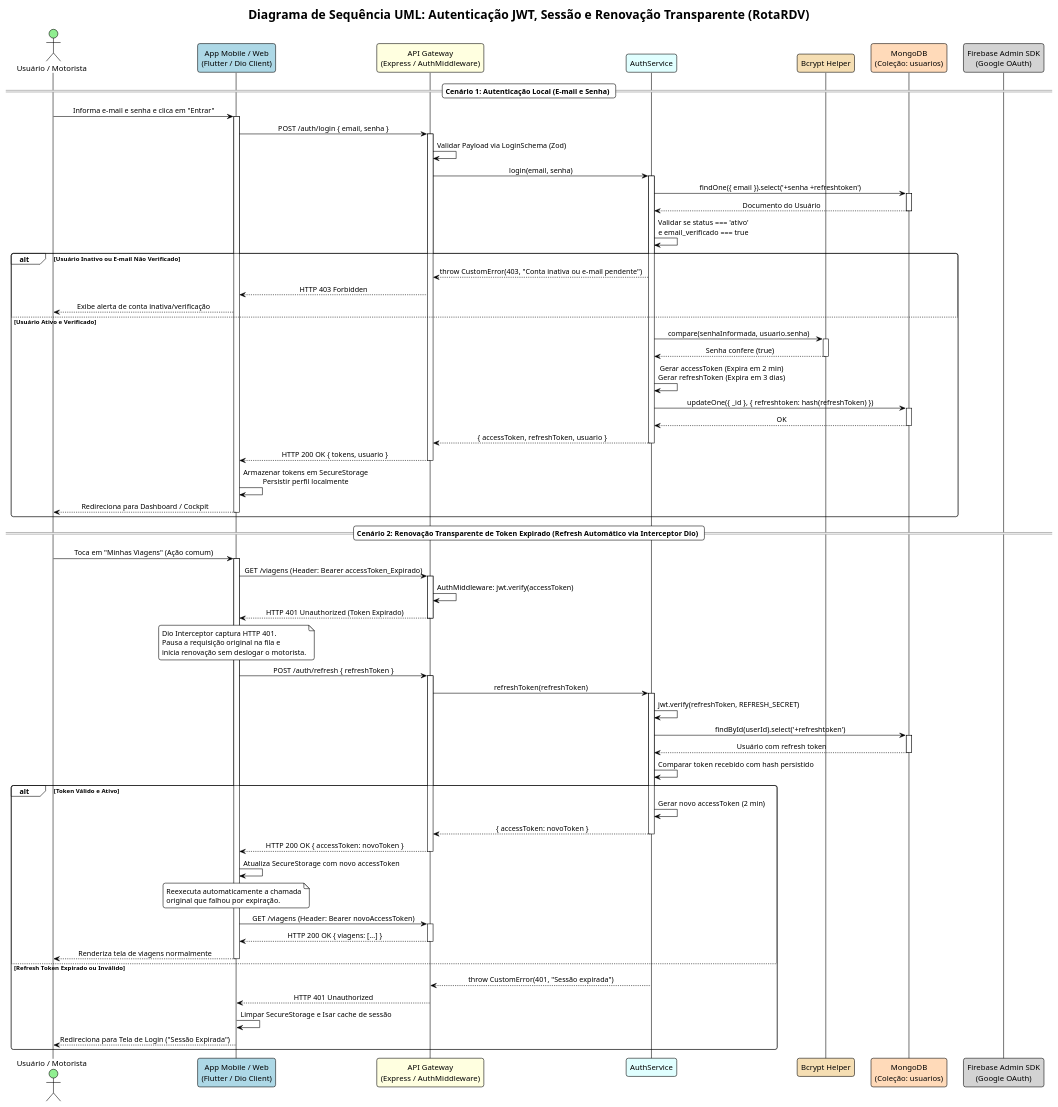
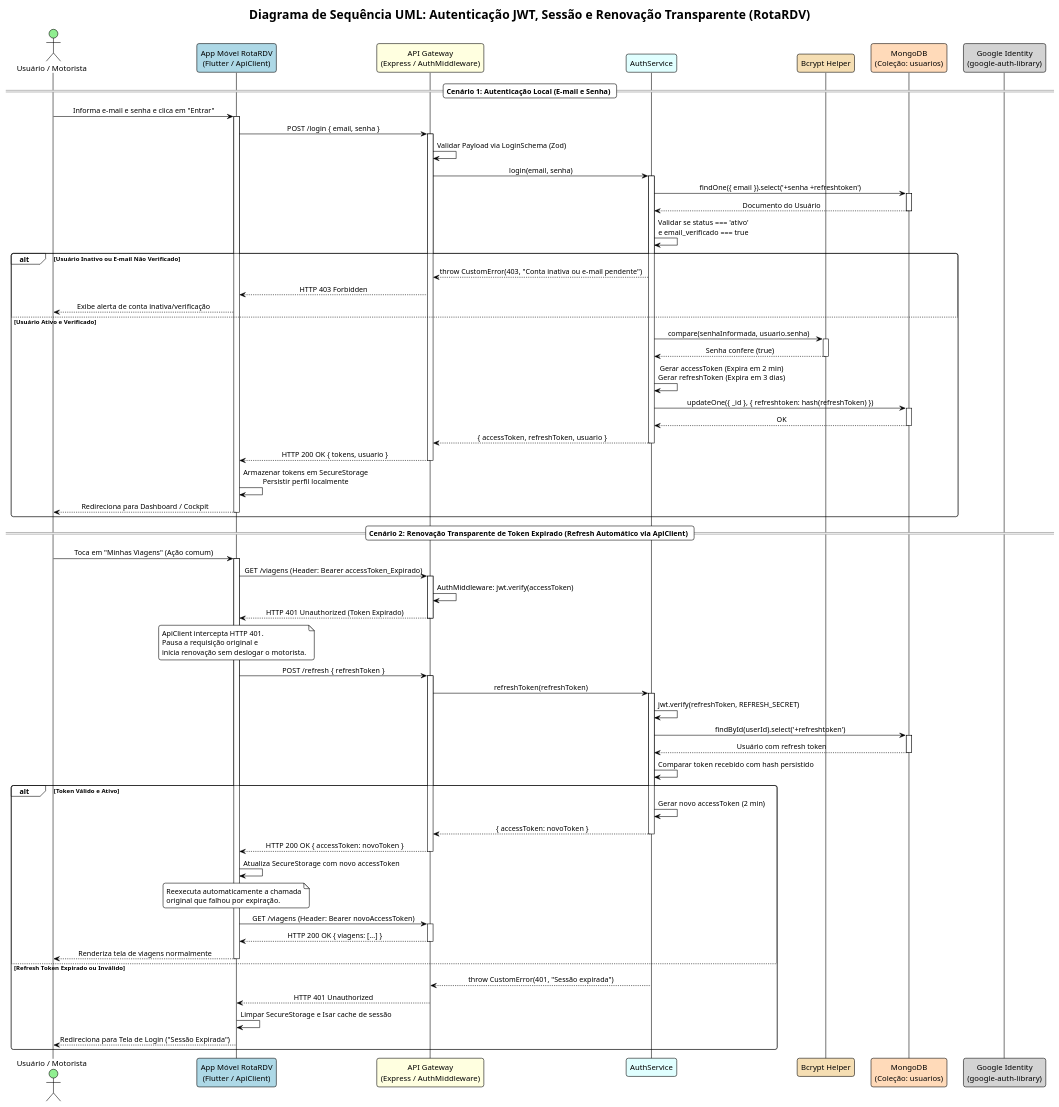
The diagram in documentacao/diagramas/sequencia/sequencia_autenticacao_e_refresh.puml (Luisdevux/RotaRDV-API), drawn with PlantUML before and after one commit. The commit also changed 19 other files, not shown here.

Commit message:
docs(Diagrmas): Corrige alguns pontos nos diagramas para refletir corretamente a implementação

```diff
--- a/documentacao/diagramas/sequencia/sequencia_autenticacao_e_refresh.puml
+++ b/documentacao/diagramas/sequencia/sequencia_autenticacao_e_refresh.puml
@@ -1,121 +1,121 @@
 @startuml
 !theme plain
 skinparam defaultFontName Arial
 skinparam roundCorner 8
 skinparam shadowing false
 skinparam sequenceMessageAlign center
 
 title **Diagrama de Sequência UML: Autenticação JWT, Sessão e Renovação Transparente (RotaRDV)**
 
 actor "Usuário / Motorista" as User #LightGreen
-participant "App Mobile / Web\n(Flutter / Dio Client)" as Client #LightBlue
+participant "App Móvel RotaRDV\n(Flutter / ApiClient)" as Client #LightBlue
 participant "API Gateway\n(Express / AuthMiddleware)" as Gateway #LightYellow
 participant "AuthService" as Service #LightCyan
 participant "Bcrypt Helper" as Bcrypt #Wheat
 participant "MongoDB\n(Coleção: usuarios)" as DB #PeachPuff
-participant "Firebase Admin SDK\n(Google OAuth)" as Firebase #LightGray
+participant "Google Identity\n(google-auth-library)" as GoogleAuth #LightGray
 
 == Cenário 1: Autenticação Local (E-mail e Senha) ==
 
 User -> Client: Informa e-mail e senha e clica em "Entrar"
 activate Client
 
-Client -> Gateway: POST /auth/login { email, senha }
+Client -> Gateway: POST /login { email, senha }
 activate Gateway
 
 Gateway -> Gateway: Validar Payload via LoginSchema (Zod)
 Gateway -> Service: login(email, senha)
 activate Service
 
 Service -> DB: findOne({ email }).select('+senha +refreshtoken')
 activate DB
 DB --> Service: Documento do Usuário
 deactivate DB
 
 Service -> Service: Validar se status === 'ativo'\ne email_verificado === true
 alt Usuário Inativo ou E-mail Não Verificado
     Service --> Gateway: throw CustomError(403, "Conta inativa ou e-mail pendente")
     Gateway --> Client: HTTP 403 Forbidden
     Client --> User: Exibe alerta de conta inativa/verificação
 else Usuário Ativo e Verificado
     Service -> Bcrypt: compare(senhaInformada, usuario.senha)
     activate Bcrypt
     Bcrypt --> Service: Senha confere (true)
     deactivate Bcrypt
 
     Service -> Service: Gerar accessToken (Expira em 2 min)\nGerar refreshToken (Expira em 3 dias)
     Service -> DB: updateOne({ _id }, { refreshtoken: hash(refreshToken) })
     activate DB
     DB --> Service: OK
     deactivate DB
 
     Service --> Gateway: { accessToken, refreshToken, usuario }
     deactivate Service
     Gateway --> Client: HTTP 200 OK { tokens, usuario }
     deactivate Gateway
 
     Client -> Client: Armazenar tokens em SecureStorage\nPersistir perfil localmente
     Client --> User: Redireciona para Dashboard / Cockpit
     deactivate Client
 end
 
-== Cenário 2: Renovação Transparente de Token Expirado (Refresh Automático via Interceptor Dio) ==
+== Cenário 2: Renovação Transparente de Token Expirado (Refresh Automático via ApiClient) ==
 
 User -> Client: Toca em "Minhas Viagens" (Ação comum)
 activate Client
 
 Client -> Gateway: GET /viagens (Header: Bearer accessToken_Expirado)
 activate Gateway
 
 Gateway -> Gateway: AuthMiddleware: jwt.verify(accessToken)
 Gateway --> Client: HTTP 401 Unauthorized (Token Expirado)
 deactivate Gateway
 
 note over Client
-  Dio Interceptor captura HTTP 401.
-  Pausa a requisição original na fila e
+  ApiClient intercepta HTTP 401.
+  Pausa a requisição original e
   inicia renovação sem deslogar o motorista.
 end note
 
-Client -> Gateway: POST /auth/refresh { refreshToken }
+Client -> Gateway: POST /refresh { refreshToken }
 activate Gateway
 
 Gateway -> Service: refreshToken(refreshToken)
 activate Service
 
 Service -> Service: jwt.verify(refreshToken, REFRESH_SECRET)
 Service -> DB: findById(userId).select('+refreshtoken')
 activate DB
 DB --> Service: Usuário com refresh token
 deactivate DB
 
 Service -> Service: Comparar token recebido com hash persistido
 alt Token Válido e Ativo
     Service -> Service: Gerar novo accessToken (2 min)
     Service --> Gateway: { accessToken: novoToken }
     deactivate Service
 
     Gateway --> Client: HTTP 200 OK { accessToken: novoToken }
     deactivate Gateway
 
     Client -> Client: Atualiza SecureStorage com novo accessToken
     
     note over Client
       Reexecuta automaticamente a chamada
       original que falhou por expiração.
     end note
     Client -> Gateway: GET /viagens (Header: Bearer novoAccessToken)
     activate Gateway
     Gateway --> Client: HTTP 200 OK { viagens: [...] }
     deactivate Gateway
 
     Client --> User: Renderiza tela de viagens normalmente
     deactivate Client
 else Refresh Token Expirado ou Inválido
     Service --> Gateway: throw CustomError(401, "Sessão expirada")
     Gateway --> Client: HTTP 401 Unauthorized
     Client -> Client: Limpar SecureStorage e Isar cache de sessão
     Client --> User: Redireciona para Tela de Login ("Sessão Expirada")
 end
 
 @enduml
```
